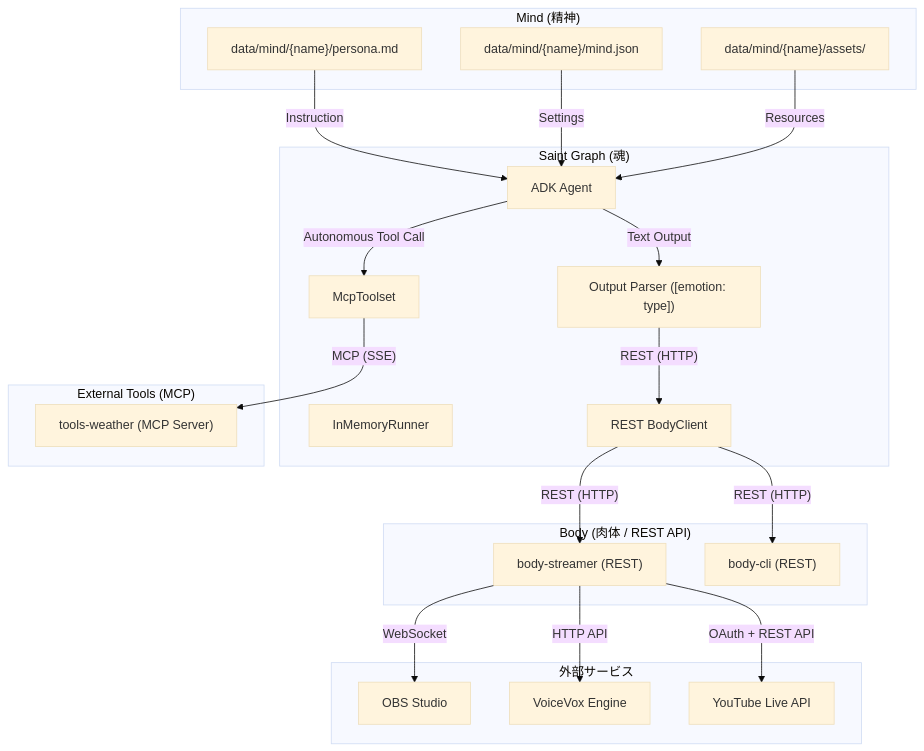
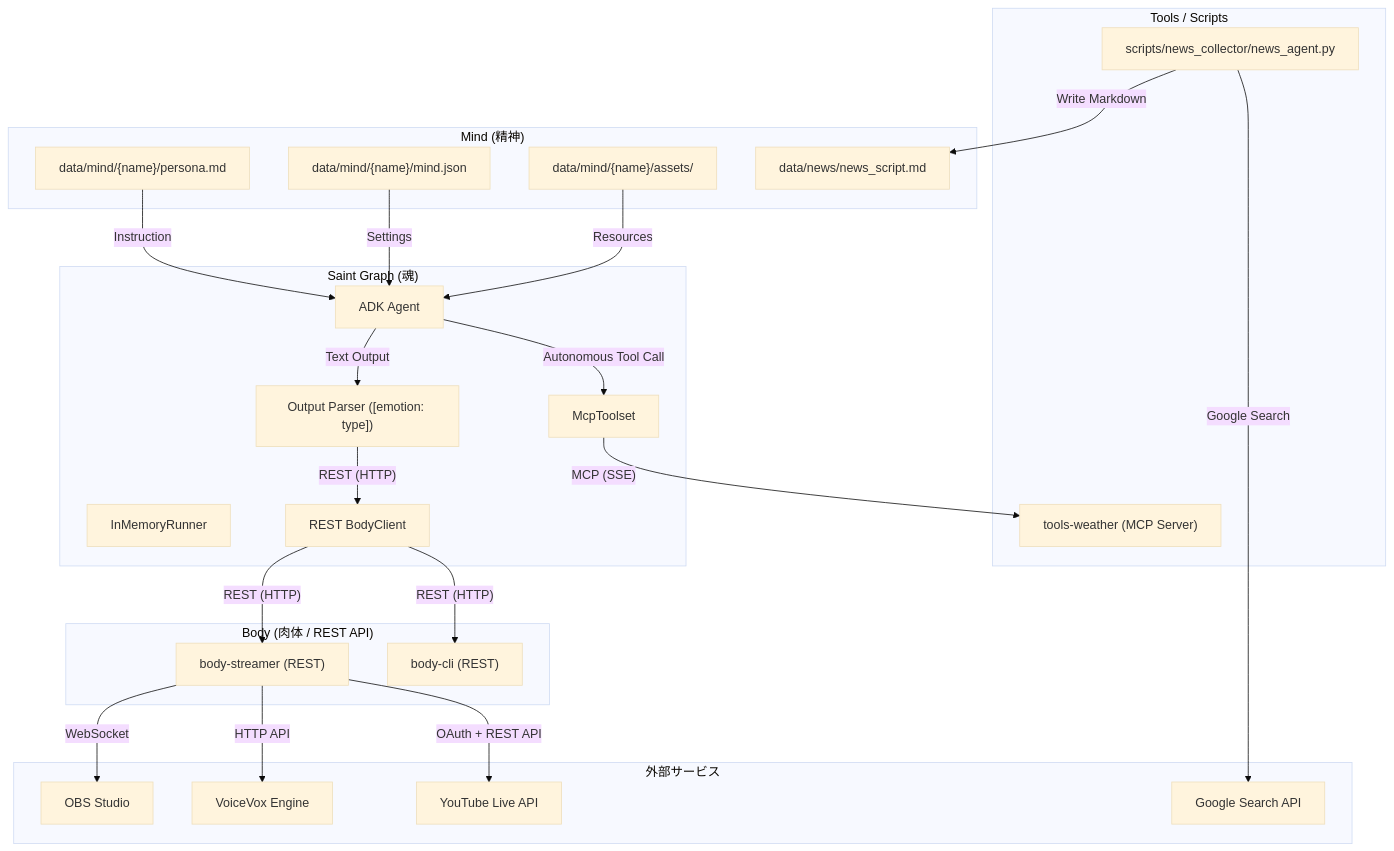
One commit to koduki/ai-tuber changed the diagram in docs/architecture/overview.md. Above: the diagram before and after it, drawn with Mermaid (base theme). The commit also changed other lines of this file and 12 other files, not shown here.

First line of the commit message:
Add News Collector Agent (#38)

````diff
--- a/docs/architecture/overview.md
+++ b/docs/architecture/overview.md
@@ -55,46 +55,55 @@
 ```mermaid
 graph TD
   subgraph Mind ["Mind (精神)"]
     Persona["data/mind/{name}/persona.md"]
     MindJson["data/mind/{name}/mind.json"]
     Assets["data/mind/{name}/assets/"]
+    NewsScript["data/news/news_script.md"]
+  end
+
+  subgraph Tools ["Tools / Scripts"]
+    NewsCollector["scripts/news_collector/news_agent.py"]
   end
 
   subgraph SaintGraph ["Saint Graph (魂)"]
     Agent["ADK Agent"]
     Runner["InMemoryRunner"]
     Parser["Output Parser ([emotion: type])"]
     BodyClient["REST BodyClient"]
     Toolset["McpToolset"]
   end
 
   subgraph BodyServices ["Body (肉体 / REST API)"]
     ServerStreamer["body-streamer (REST)"]
     ServerCLI["body-cli (REST)"]
   end
 
   subgraph Tools ["External Tools (MCP)"]
     ServerWeather["tools-weather (MCP Server)"]
   end
   
   subgraph ExternalServices ["外部サービス"]
     OBS["OBS Studio"]
     VoiceVox["VoiceVox Engine"]
     YouTube["YouTube Live API"]
+    GoogleSearch["Google Search API"]
   end
+
+  NewsCollector -- "Google Search" --> GoogleSearch
+  NewsCollector -- "Write Markdown" --> NewsScript
 
   Persona -- "Instruction" --> Agent
   MindJson -- "Settings" --> Agent
   Assets -- "Resources" --> Agent
   Agent -- "Text Output" --> Parser
   Parser -- "REST (HTTP)" --> BodyClient
   BodyClient -- "REST (HTTP)" --> ServerStreamer
   BodyClient -- "REST (HTTP)" --> ServerCLI
   
   Agent -- "Autonomous Tool Call" --> Toolset
   Toolset -- "MCP (SSE)" --> ServerWeather
   
   ServerStreamer -- "HTTP API" --> VoiceVox
   ServerStreamer -- "WebSocket" --> OBS
   ServerStreamer -- "OAuth + REST API" --> YouTube
 ```
````
